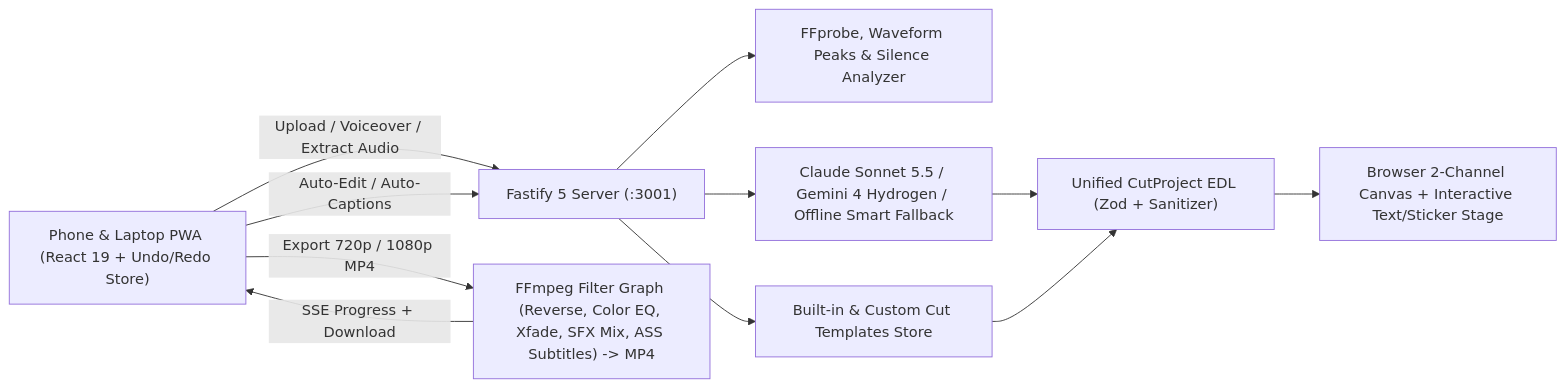
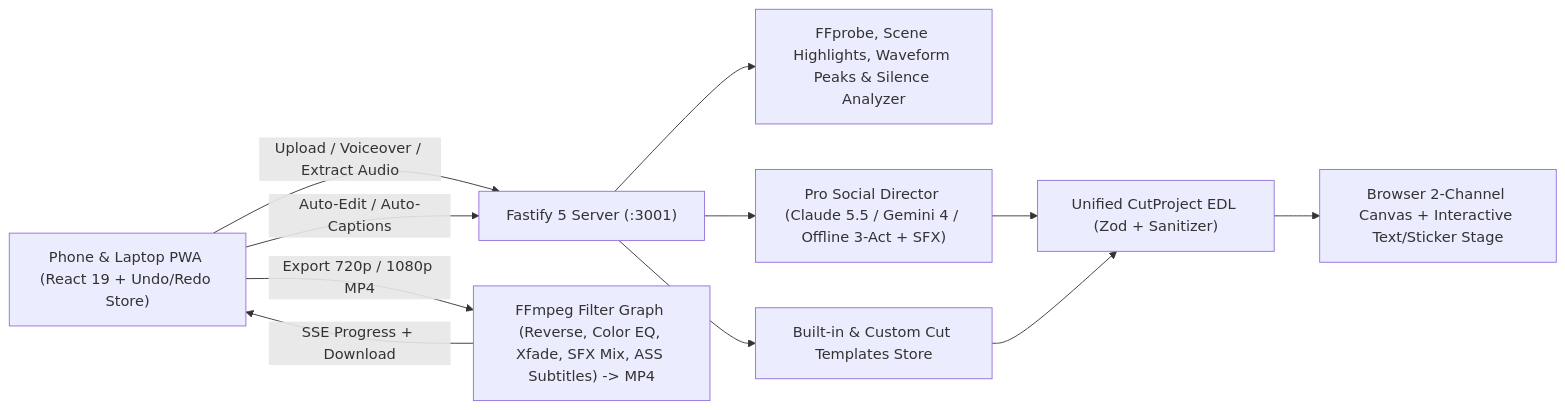
The diagram in README.md (willygailo/web-editor), drawn with Mermaid before and after one commit. The commit also changed other lines of this file and 1 other file, not shown here.

Commit message:
feat: add multi-aspect ratio social support, AI Director presets, and expanded gitignore patterns

````diff
--- a/README.md
+++ b/README.md
@@ -133,22 +143,22 @@
 ```mermaid
 flowchart LR
     UI["Phone &amp; Laptop PWA (React 19 + Undo/Redo Store)"]
     API["Fastify 5 Server (:3001)"]
-    Probe["FFprobe, Waveform Peaks &amp; Silence Analyzer"]
-    AI["Claude Sonnet 5.5 / Gemini 4 Hydrogen / Offline Smart Fallback"]
+    Probe["FFprobe, Scene Highlights, Waveform Peaks &amp; Silence Analyzer"]
+    AI["Pro Social Director (Claude 5.5 / Gemini 4 / Offline 3-Act + SFX)"]
     TPL["Built-in &amp; Custom Cut Templates Store"]
     EDL["Unified CutProject EDL (Zod + Sanitizer)"]
     Preview["Browser 2-Channel Canvas + Interactive Text/Sticker Stage"]
     Render["FFmpeg Filter Graph (Reverse, Color EQ, Xfade, SFX Mix, ASS Subtitles) -&gt; MP4"]
 
     UI -->|"Upload / Voiceover / Extract Audio"| API
     API --> Probe
     UI -->|"Auto-Edit / Auto-Captions"| API
     API --> AI
     API --> TPL
     AI --> EDL
     TPL --> EDL
     EDL --> Preview
     UI -->|"Export 720p / 1080p MP4"| Render
     Render -->|"SSE Progress + Download"| UI
 ```
````
